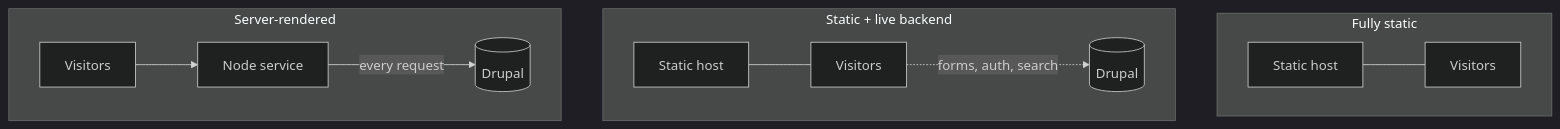
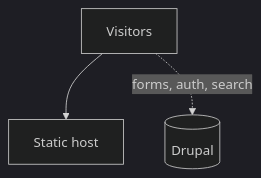
One commit to druxt/druxt.js changed the second of 3 diagrams in docs/nuxt/content/explanation/deployment-models.md. Above: the diagram before and after it, drawn with Mermaid (dark theme). The commit also changed other lines of this file and 58 other files, not shown here.

````diff
--- a/docs/nuxt/content/explanation/deployment-models.md
+++ b/docs/nuxt/content/explanation/deployment-models.md
@@ -28,15 +34,6 @@
 ```mermaid
-%% The three deployment models and what keeps talking to Drupal
+%% Static plus live backend
 flowchart TB
-  subgraph m1 [Fully static]
-    H1[Static host] --- V1[Visitors]
-  end
-  subgraph m2 [Static + live backend]
-    H2[Static host] --- V2[Visitors]
-    V2 -.->|"forms, auth, search"| D2[(Drupal)]
-  end
-  subgraph m3 [Server-rendered]
-    V3[Visitors] --> N3[Node service]
-    N3 -->|every request| D3[(Drupal)]
-  end
+  V2[Visitors] --> H2[Static host]
+  V2 -.->|"forms, auth, search"| D2[(Drupal)]
 ```
````
